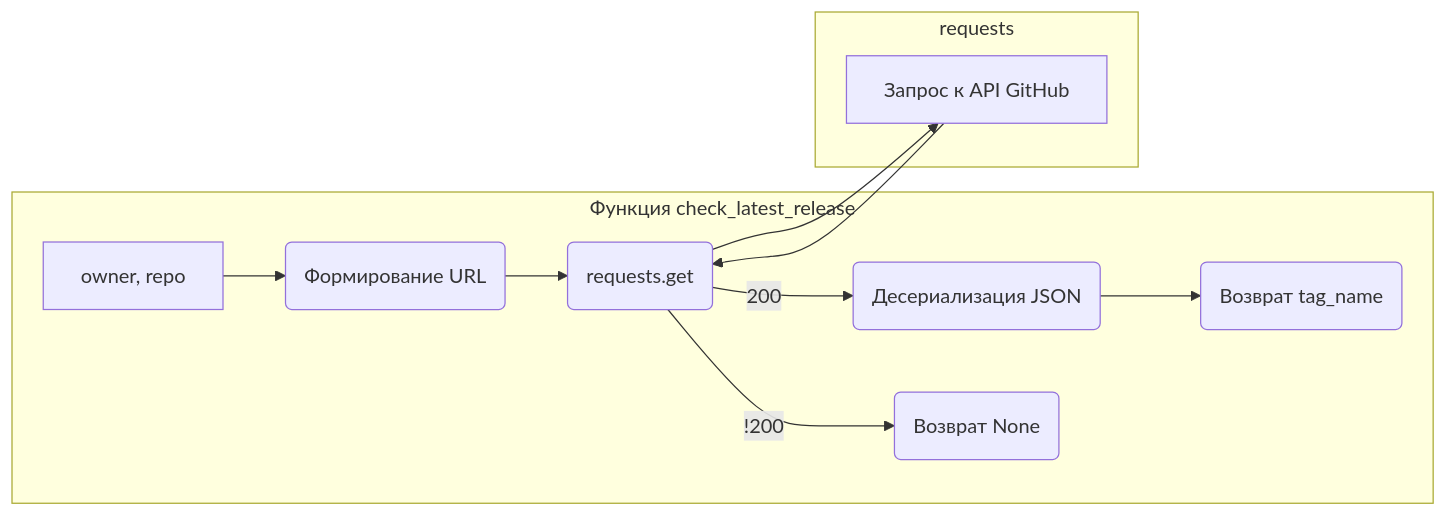
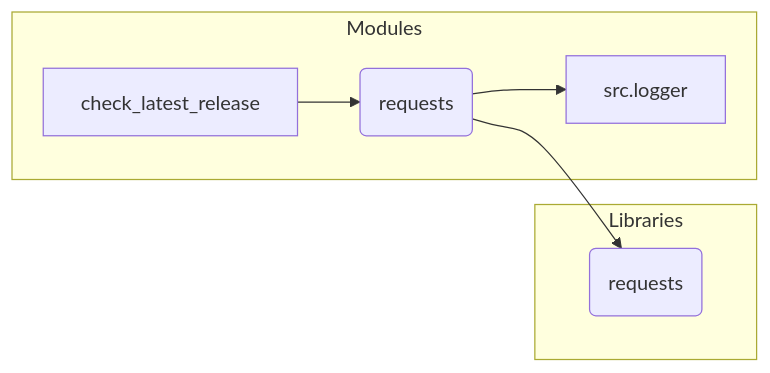
Before and after one commit to hypo69/hypo: the second of 2 diagrams in docs/gemini/ru/explainer/src/check_release.md, drawn with Mermaid. The commit also changed other lines of this file and 877 other files, not shown here.

````diff
--- a/docs/gemini/ru/explainer/src/check_release.md
+++ b/docs/gemini/ru/explainer/src/check_release.md
@@ -87,15 +64,10 @@
 ```mermaid
 graph LR
-    subgraph Функция check_latest_release
-        A[owner, repo] --> B(Формирование URL);
-        B --> C(requests.get);
-        C -- 200 --> D(Десериализация JSON);
-        D --> E(Возврат tag_name);
-        C -- !200 --> F(Возврат None);
+    subgraph Modules
+        A[check_latest_release] --> B(requests);
+        B --> C[src.logger];
     end
-    subgraph requests
-        C --> G[Запрос к API GitHub];
-        G --> C;
+    subgraph Libraries
+        B --> D(requests);
     end
-
 ```
````
